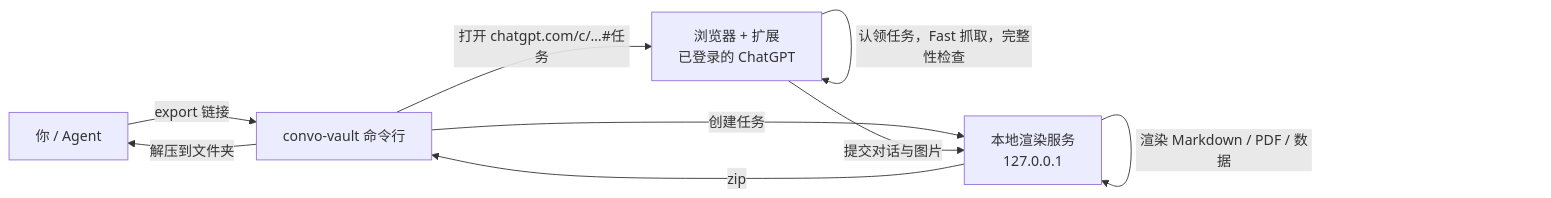
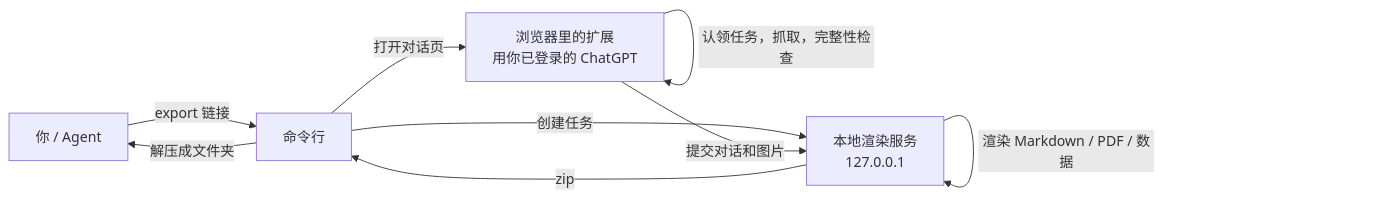
One commit to amethyst-cosmos/convo-vault changed the diagram in README.md. Above: the diagram before and after it, drawn with Mermaid. The commit also changed other lines of this file and 12 other files, not shown here.

````diff
--- a/README.md
+++ b/README.md
@@ -76,11 +105,11 @@
 ```mermaid
 flowchart LR
-    A["你 / Agent"] -->|"export 链接"| B["convo-vault 命令行"]
+    A["你 / Agent"] -->|"export 链接"| B["命令行"]
     B -->|"创建任务"| C["本地渲染服务<br/>127.0.0.1"]
-    B -->|"打开 chatgpt.com/c/…#任务"| D["浏览器 + 扩展<br/>已登录的 ChatGPT"]
-    D -->|"认领任务，Fast 抓取，完整性检查"| D
-    D -->|"提交对话与图片"| C
+    B -->|"打开对话页"| D["浏览器里的扩展<br/>用你已登录的 ChatGPT"]
+    D -->|"认领任务，抓取，完整性检查"| D
+    D -->|"提交对话和图片"| C
     C -->|"渲染 Markdown / PDF / 数据"| C
     C -->|"zip"| B
-    B -->|"解压到文件夹"| A
+    B -->|"解压成文件夹"| A
 ```
````
